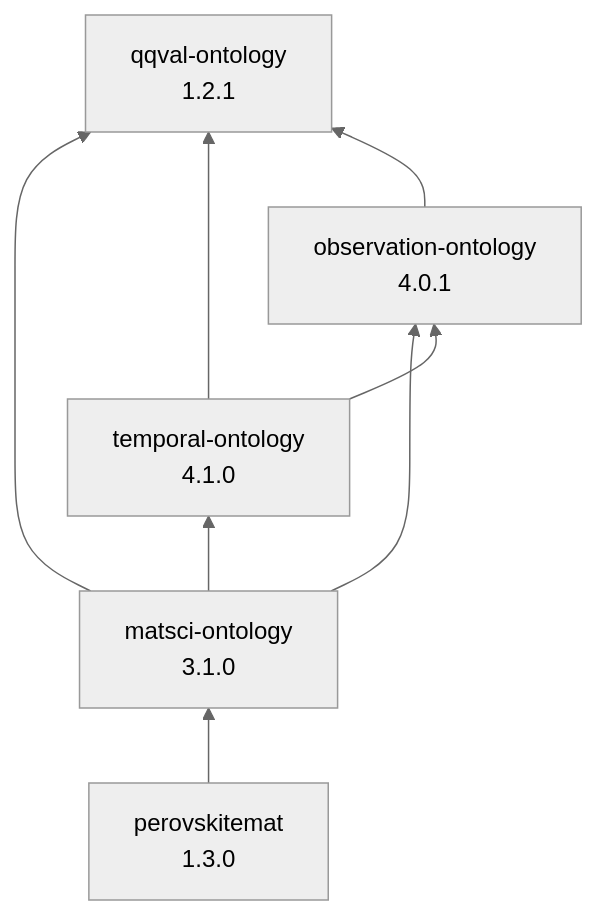
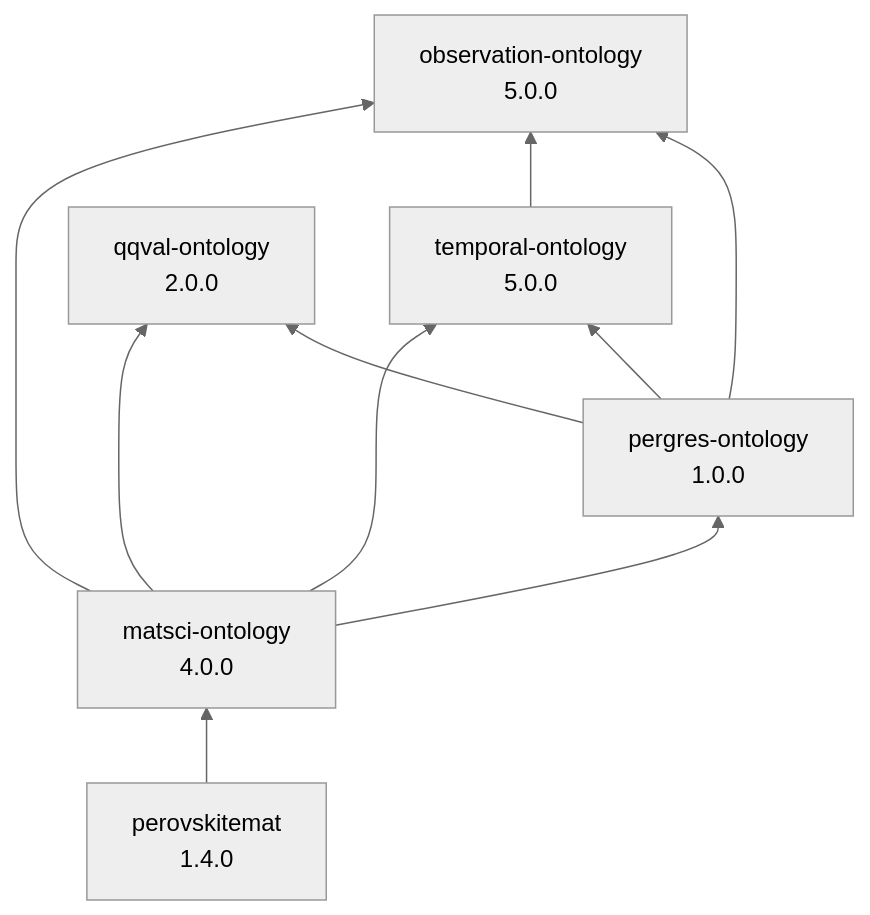
One commit to NAS-Lund/matsci-perovskite-ontologies changed the diagram in README.md. Above: the diagram before and after it, drawn with Mermaid (neutral theme). The commit also changed other lines of this file and 10 other files, not shown here.

````diff
--- a/README.md
+++ b/README.md
@@ -14,16 +14,19 @@
 ```mermaid
 graph BT
-    perov["perovskitemat<br/>1.3.0"]
-    matsci["matsci-ontology<br/>3.1.0"]
-    tempo["temporal-ontology<br/>4.1.0"]
-    obs["observation-ontology<br/>4.0.1"]
-    qqval["qqval-ontology<br/>1.2.1"]
+    perov["perovskitemat<br/>1.4.0"]
+    matsci["matsci-ontology<br/>4.0.0"]
+    pergres["pergres-ontology<br/>1.0.0"]
+    tempo["temporal-ontology<br/>5.0.0"]
+    obs["observation-ontology<br/>5.0.0"]
+    qqval["qqval-ontology<br/>2.0.0"]
 
     perov --> matsci
     matsci --> tempo
     matsci --> obs
     matsci --> qqval
+    matsci --> pergres
     tempo --> obs
-    tempo --> qqval
-    obs --> qqval
+    pergres --> qqval
+    pergres --> obs
+    pergres --> tempo
 ```
````
